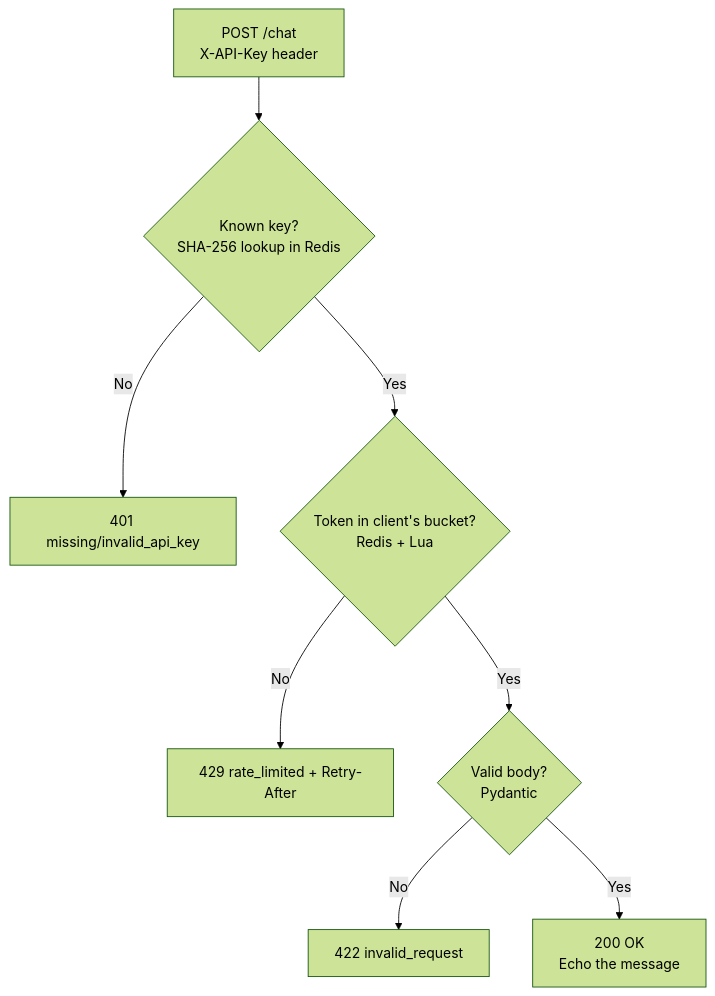
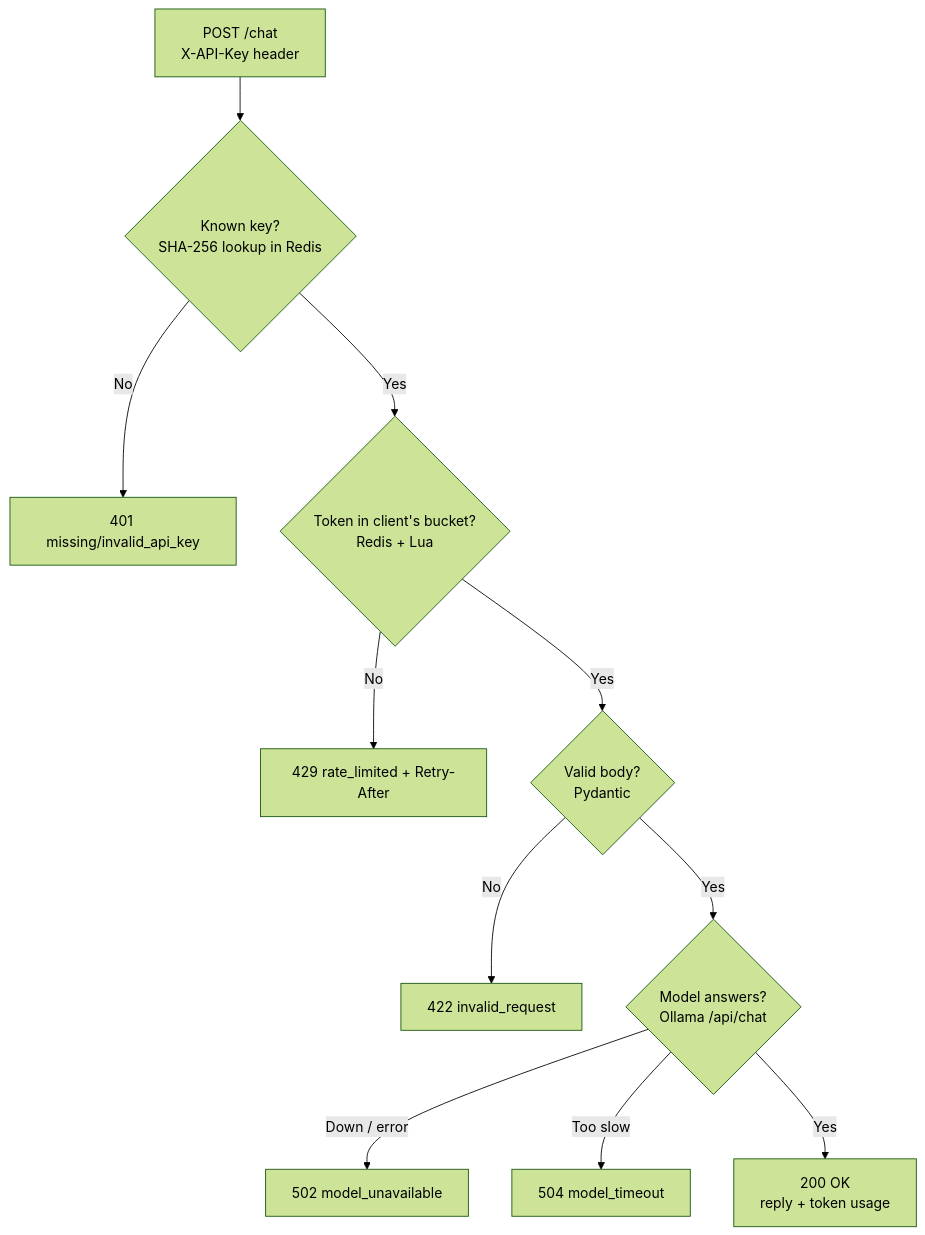
The first of 2 diagrams in README.md (ChingangbamDpakAngom/aegis-gateway), drawn with Mermaid (forest theme) before and after one commit. The commit also changed other lines of this file and 10 other files, not shown here.

First line of the commit message:
phase3: answer /chat with a local model via Ollama

````diff
--- a/README.md
+++ b/README.md
@@ -42,10 +42,13 @@
 ```mermaid
 flowchart TD
     A["POST /chat<br/>X-API-Key header"] --> B{"Known key?<br/>SHA-256 lookup in Redis"}
     B -->|"No"| X["401 missing/invalid_api_key"]
     B -->|"Yes"| C{"Token in client's bucket?<br/>Redis + Lua"}
     C -->|"No"| Y["429 rate_limited + Retry-After"]
     C -->|"Yes"| D{"Valid body?<br/>Pydantic"}
     D -->|"No"| Z["422 invalid_request"]
-    D -->|"Yes"| E["200 OK<br/>Echo the message"]
+    D -->|"Yes"| M{"Model answers?<br/>Ollama /api/chat"}
+    M -->|"Down / error"| W["502 model_unavailable"]
+    M -->|"Too slow"| T["504 model_timeout"]
+    M -->|"Yes"| E["200 OK<br/>reply + token usage"]
 ```
````
